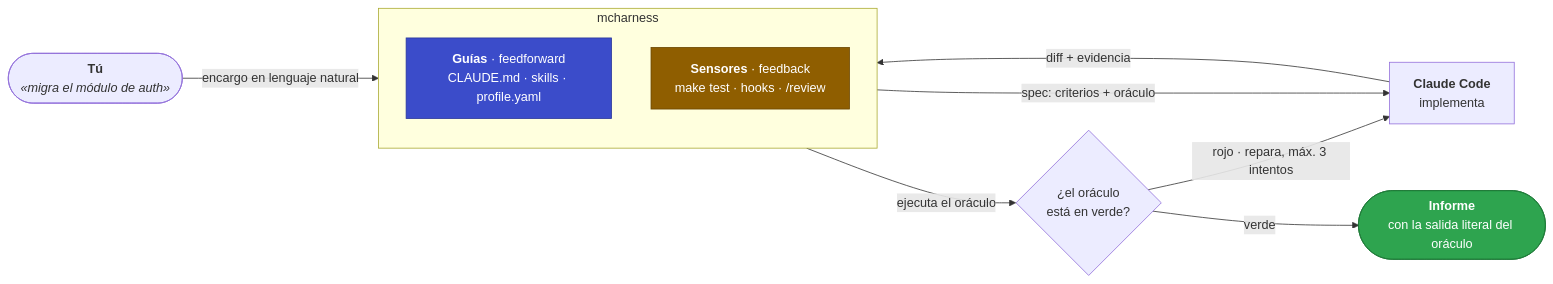
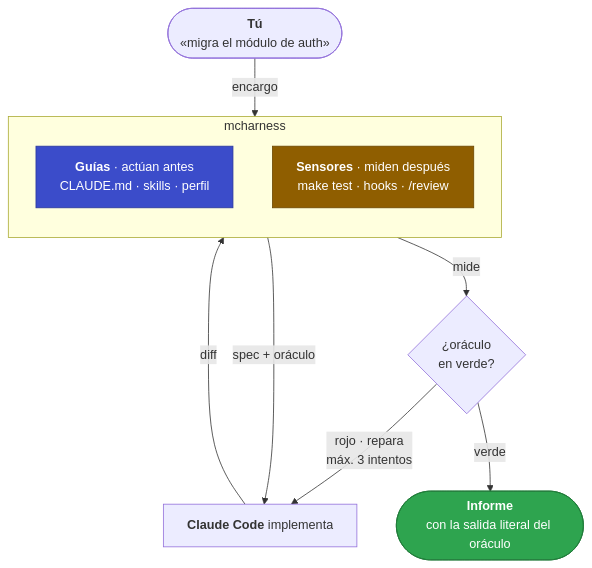
The first of 3 diagrams in README.md (manuelcozar55/setup-claude-code), drawn with Mermaid before and after one commit.

Commit message:
docs: el primer diagrama en vertical, que en horizontal salia aplastado
Verificado en el renderizado real de GitHub, no en la fuente: el flowchart LR con
etiquetas largas se escalaba al ancho del README y las etiquetas quedaban
diminutas. El diagrama 2, que ya era TB con etiquetas cortas, sale grande y
legible; el 3 (sequenceDiagram) tambien. La direccion y la longitud de la
etiqueta eran el problema, no el color.

Cambios: LR -> TB, y la etiqueta de flecha mas larga baja de 27 a 21 caracteres
(el detalle se queda en la leyenda, que es su sitio).

````diff
--- a/README.md
+++ b/README.md
@@ -44,26 +44,26 @@
 ```mermaid
-flowchart LR
-    U(["<b>Tú</b><br/><i>«migra el módulo de auth»</i>"])
+flowchart TB
+    U(["<b>Tú</b><br/>«migra el módulo de auth»"])
     subgraph H["mcharness"]
         direction TB
-        G["<b>Guías</b> · feedforward<br/>CLAUDE.md · skills · profile.yaml"]
-        S["<b>Sensores</b> · feedback<br/>make test · hooks · /review"]
+        G["<b>Guías</b> · actúan antes<br/>CLAUDE.md · skills · perfil"]
+        S["<b>Sensores</b> · miden después<br/>make test · hooks · /review"]
     end
-    CC["<b>Claude Code</b><br/>implementa"]
-    V{"¿el oráculo<br/>está en verde?"}
+    CC["<b>Claude Code</b> implementa"]
+    V{"¿oráculo<br/>en verde?"}
     R(["<b>Informe</b><br/>con la salida literal del oráculo"])
 
-    U -->|"encargo en lenguaje natural"| G
-    G -->|"spec: criterios + oráculo"| CC
-    CC -->|"diff + evidencia"| S
-    S -->|"ejecuta el oráculo"| V
-    V -->|"rojo · repara, máx. 3 intentos"| CC
+    U -->|"encargo"| G
+    G -->|"spec + oráculo"| CC
+    CC -->|"diff"| S
+    S -->|"mide"| V
+    V -->|"rojo · repara<br/>máx. 3 intentos"| CC
     V -->|"verde"| R
 
     classDef guia fill:#3B4CCA,stroke:#2A379B,color:#FFFFFF
     classDef sensor fill:#8F5E00,stroke:#6B4600,color:#FFFFFF
     classDef verde fill:#2EA44F,stroke:#1F7A38,color:#FFFFFF
     class G guia
     class S sensor
     class R verde
 ```
````
